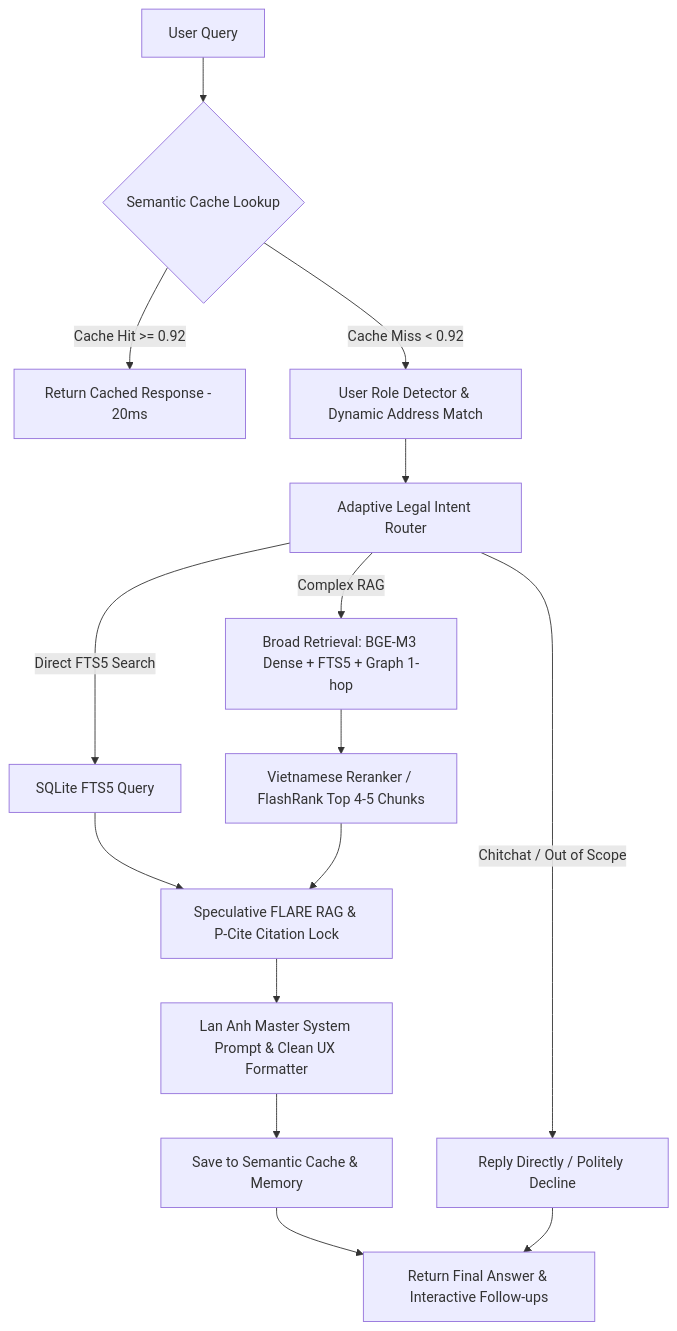
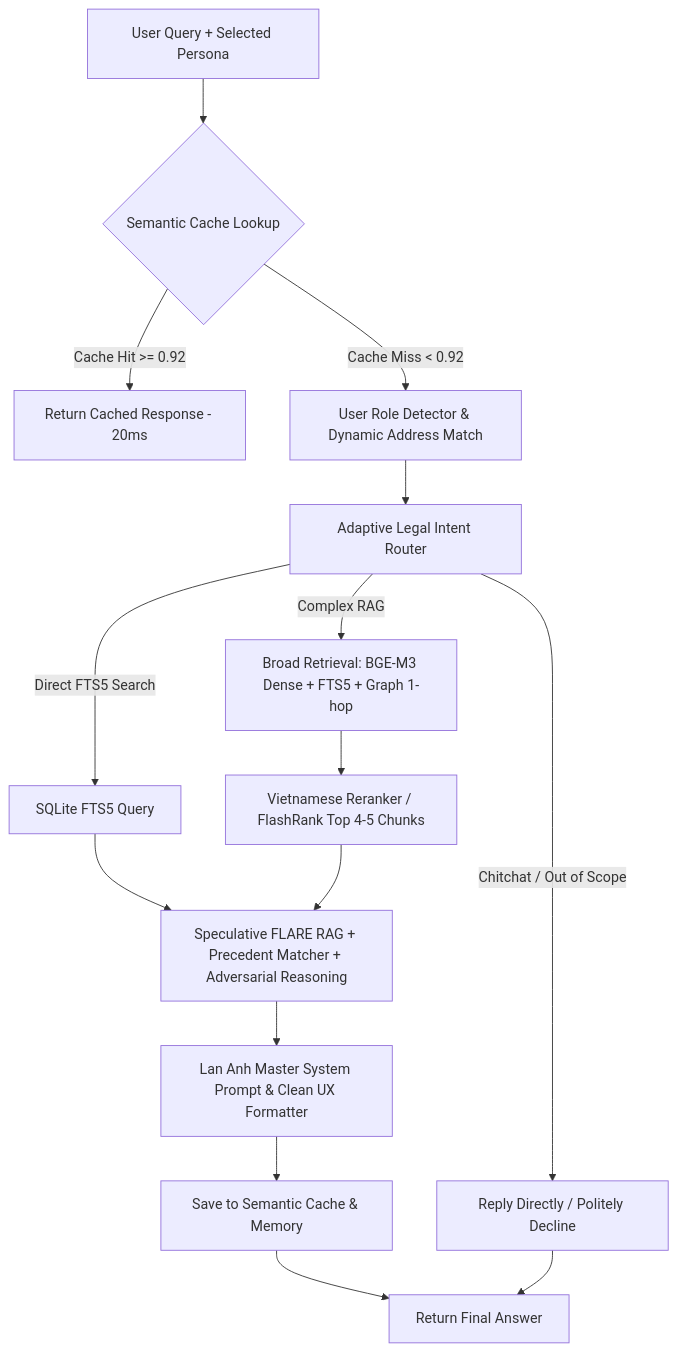
Before and after one commit to phapsuto/dataluatvn: the diagram in README.md, drawn with Mermaid. The commit also changed other lines of this file, not shown here.

Commit message:
docs: Cập nhật chi tiết README toàn bộ kiến trúc và tính năng RAG Gen 3, Telegram bot, Persona

````diff
--- a/README.md
+++ b/README.md
@@ -48,17 +50,17 @@
 ```mermaid
 graph TD
-    A[User Query] --> B{Semantic Cache Lookup}
+    A[User Query + Selected Persona] --> B{Semantic Cache Lookup}
     B -- Cache Hit >= 0.92 --> C[Return Cached Response - 20ms]
     B -- Cache Miss < 0.92 --> D[User Role Detector & Dynamic Address Match]
     D --> E[Adaptive Legal Intent Router]
     E -- Chitchat / Out of Scope --> F[Reply Directly / Politely Decline]
     E -- Direct FTS5 Search --> G[SQLite FTS5 Query]
     E -- Complex RAG --> H[Broad Retrieval: BGE-M3 Dense + FTS5 + Graph 1-hop]
     H --> I[Vietnamese Reranker / FlashRank Top 4-5 Chunks]
-    G --> J[Speculative FLARE RAG & P-Cite Citation Lock]
+    G --> J[Speculative FLARE RAG + Precedent Matcher + Adversarial Reasoning]
     I --> J
     J --> K[Lan Anh Master System Prompt & Clean UX Formatter]
     K --> L[Save to Semantic Cache & Memory]
-    L --> M[Return Final Answer & Interactive Follow-ups]
+    L --> M[Return Final Answer]
     F --> M
 ```
````
